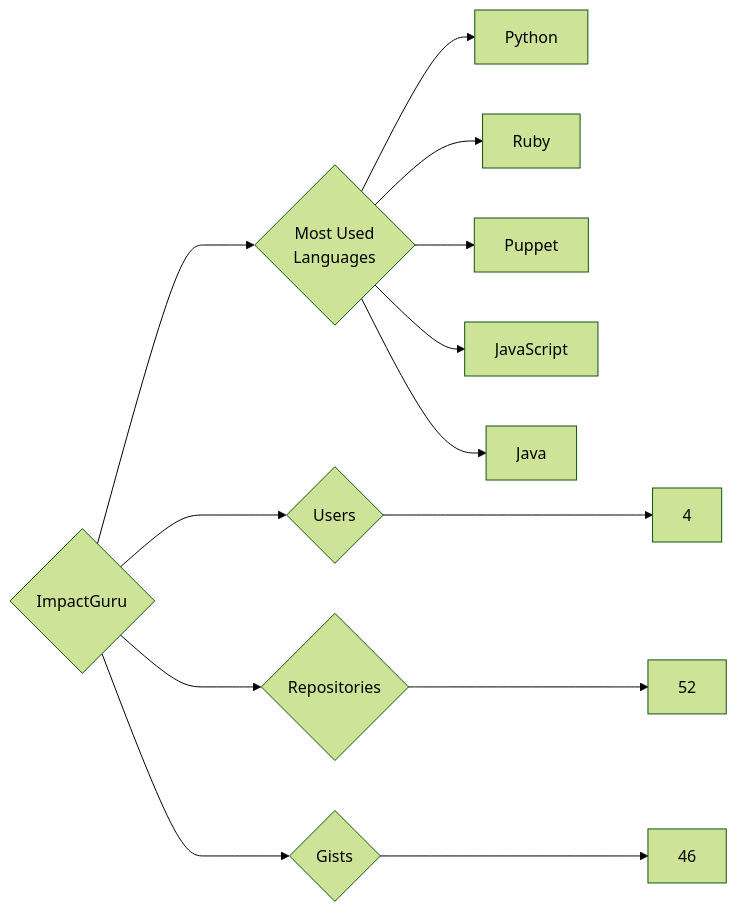
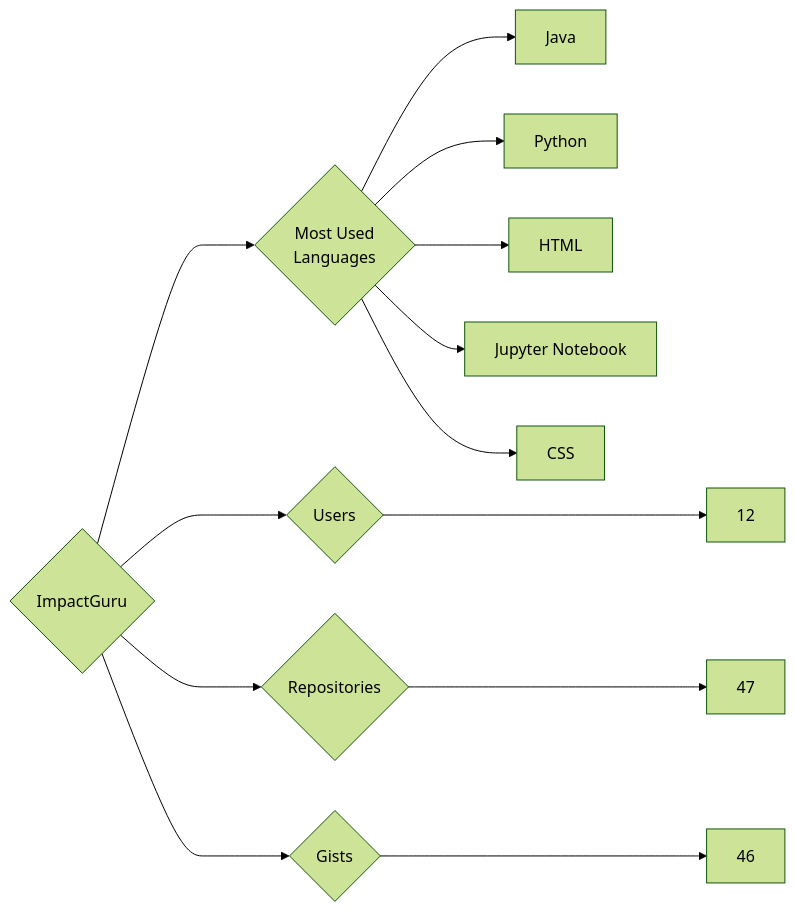
One commit to trickest/insiders changed the diagram in targets/ImpactGuru/README.md. Above: the diagram before and after it, drawn with Mermaid (forest theme). The commit also changed 965 other files, not shown here.

````diff
--- a/targets/ImpactGuru/README.md
+++ b/targets/ImpactGuru/README.md
@@ -3,13 +3,13 @@
 ```mermaid
 graph LR
 COMPANY_NAME{ImpactGuru}
-COMPANY_NAME ---> U{Users} ---> UN[4]
-COMPANY_NAME ---> R{Repositories} ---> RN[52]
+COMPANY_NAME ---> U{Users} ---> UN[12]
+COMPANY_NAME ---> R{Repositories} ---> RN[47]
 COMPANY_NAME ---> G{Gists} ---> GN[46]
 COMPANY_NAME ---> ML{Most Used<br>Languages}
+ML --> Java[Java]
 ML --> Python[Python]
-ML --> Ruby[Ruby]
-ML --> Puppet[Puppet]
-ML --> JavaScript[JavaScript]
-ML --> Java[Java]
+ML --> HTML[HTML]
+ML --> Jupyter_Notebook[Jupyter Notebook]
+ML --> CSS[CSS]
 ```
````
